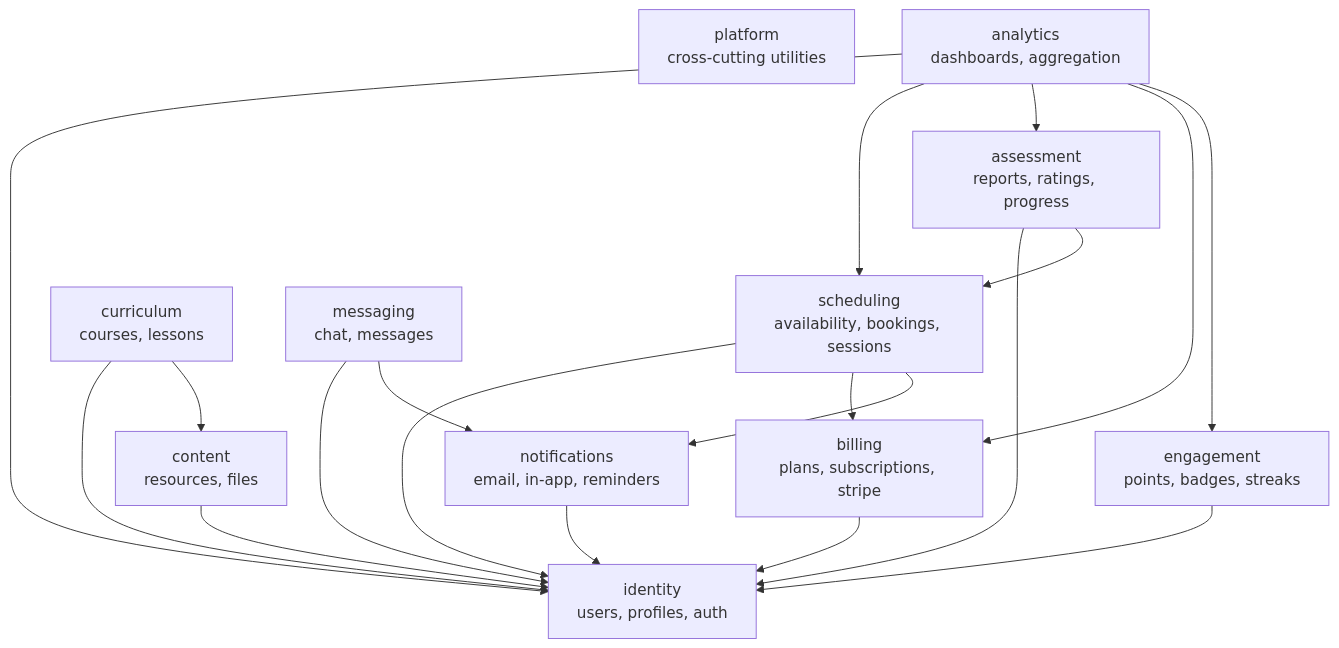
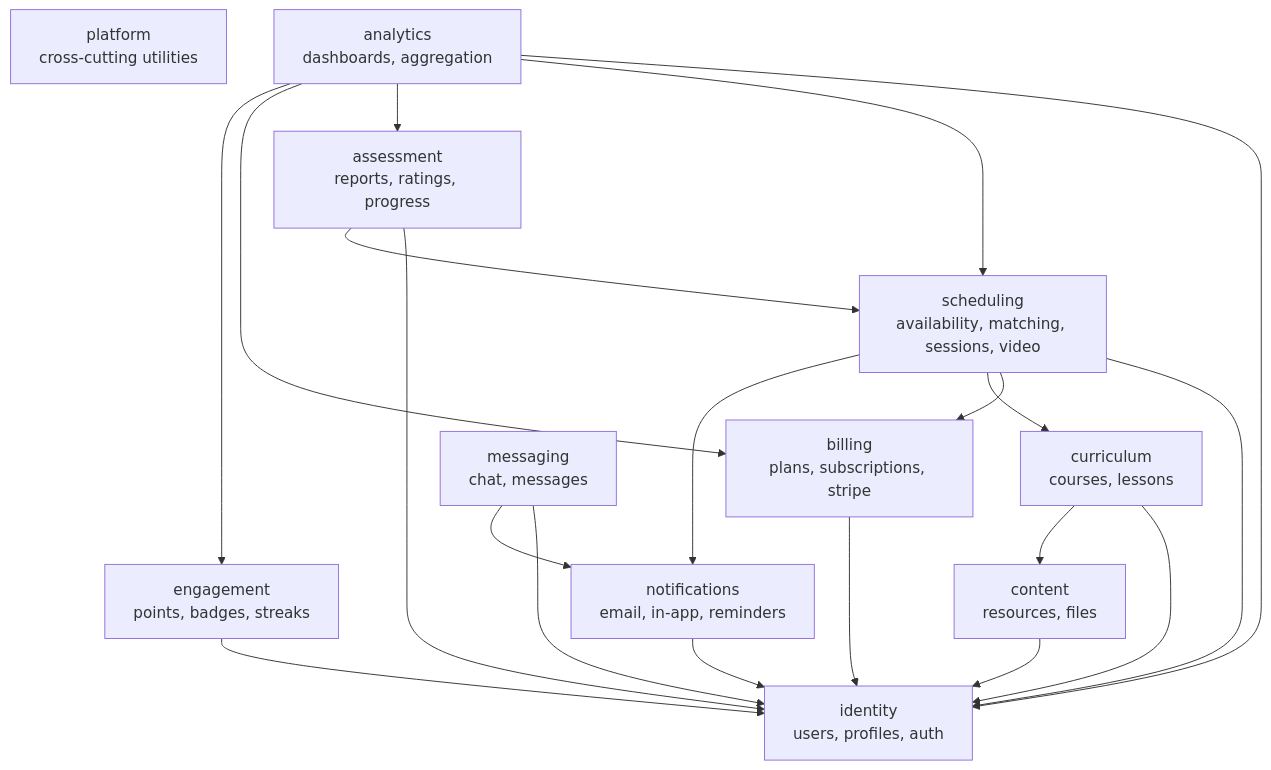
The diagram in docs/architecture/overview.md (kaleem-lms/Kaleem), drawn with Mermaid before and after one commit. The commit also changed 2 other files, not shown here.

Commit message:
docs(scheduling): architecture doc with the four fixed fields

````diff
--- a/docs/architecture/overview.md
+++ b/docs/architecture/overview.md
@@ -5,34 +5,35 @@
 ```mermaid
 graph TD
     platform[platform<br/>cross-cutting utilities]
 
     identity[identity<br/>users, profiles, auth]
     billing[billing<br/>plans, subscriptions, stripe]
-    scheduling[scheduling<br/>availability, bookings, sessions]
+    scheduling[scheduling<br/>availability, matching, sessions, video]
     assessment[assessment<br/>reports, ratings, progress]
     curriculum[curriculum<br/>courses, lessons]
     content[content<br/>resources, files]
     messaging[messaging<br/>chat, messages]
     notifications[notifications<br/>email, in-app, reminders]
     engagement[engagement<br/>points, badges, streaks]
     analytics[analytics<br/>dashboards, aggregation]
 
     scheduling --> identity
     scheduling --> billing
+    scheduling --> curriculum
     scheduling --> notifications
     billing --> identity
     assessment --> identity
     assessment --> scheduling
     curriculum --> identity
     curriculum --> content
     content --> identity
     messaging --> identity
     messaging --> notifications
     notifications --> identity
     engagement --> identity
     analytics --> identity
     analytics --> scheduling
     analytics --> assessment
     analytics --> billing
     analytics --> engagement
 ```
````
